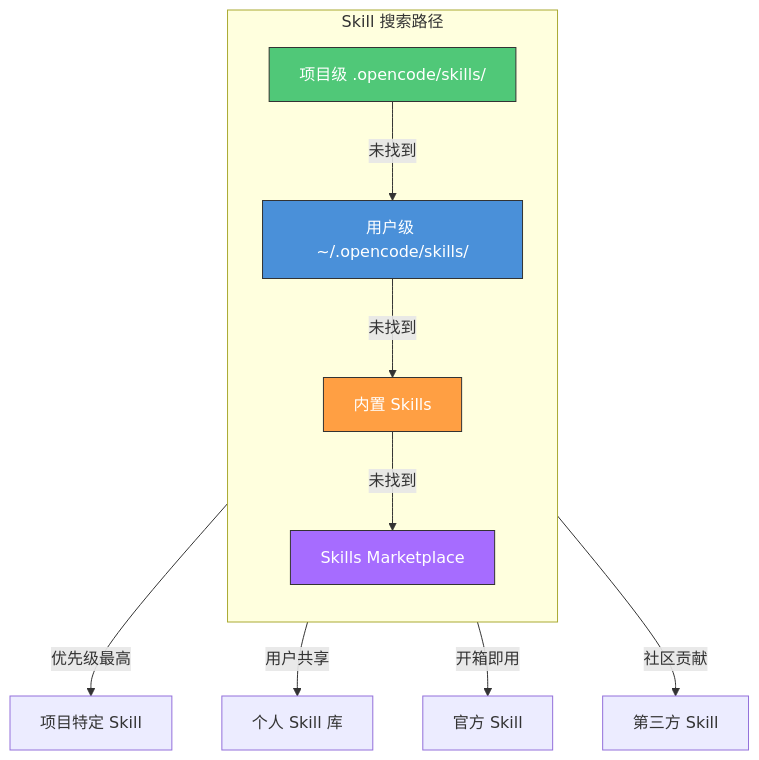
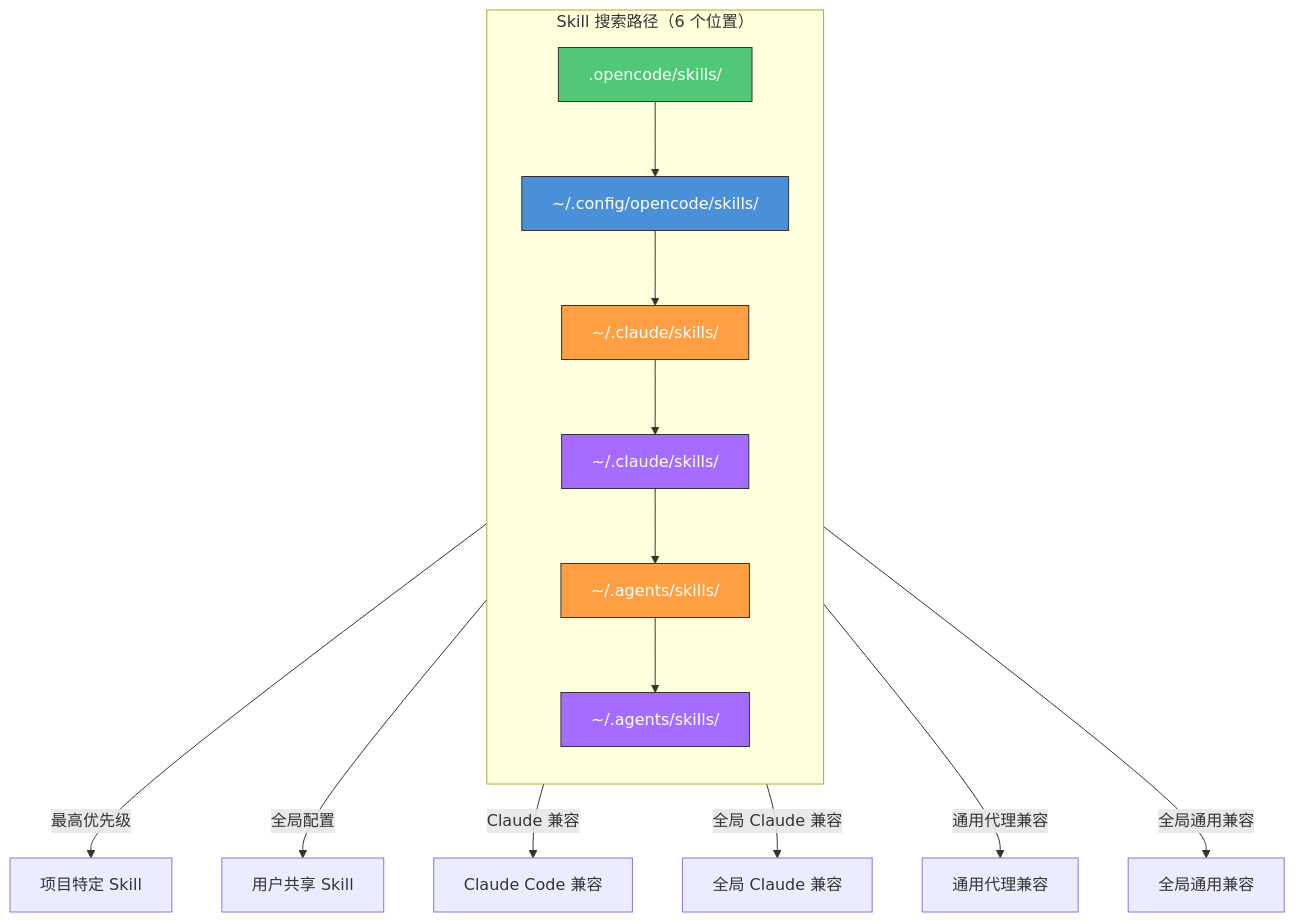
The fourth of 7 diagrams in src/02-core-concepts/skills-system.md (tonydeng/harness-engineering-from-oc-to-ai-coding), drawn with Mermaid before and after one commit. The commit also changed other lines of this file and 331 other files, not shown here.

````diff
--- a/src/02-core-concepts/skills-system.md
+++ b/src/02-core-concepts/skills-system.md
@@ -306,19 +341,25 @@
 ```mermaid
 graph TB
-    subgraph Search[Skill 搜索路径]
+    subgraph Search[Skill 搜索路径（6 个位置）]
         direction TB
-        P1[项目级 .opencode/skills/] --> |"未找到"| P2[用户级 ~/.opencode/skills/]
-        P2 --> |"未找到"| P3[内置 Skills]
-        P3 --> |"未找到"| P4[Skills Marketplace]
+        P1[.opencode/skills/] --> P2["~/.config/opencode/skills/"]
+        P2 --> P3["~/.claude/skills/"]
+        P3 --> P4["~/.claude/skills/"]
+        P4 --> P5["~/.agents/skills/"]
+        P5 --> P6["~/.agents/skills/"]
     end
     
-    P1 --> |"优先级最高"| R1[项目特定 Skill]
-    P2 --> |"用户共享"| R2[个人 Skill 库]
-    P3 --> |"开箱即用"| R3[官方 Skill]
-    P4 --> |"社区贡献"| R4[第三方 Skill]
+    P1 --> |"最高优先级"| R1[项目特定 Skill]
+    P2 --> |"全局配置"| R2[用户共享 Skill]
+    P3 --> |"Claude 兼容"| R3[Claude Code 兼容]
+    P4 --> |"全局 Claude 兼容"| R4[全局 Claude 兼容]
+    P5 --> |"通用代理兼容"| R5[通用代理兼容]
+    P6 --> |"全局通用兼容"| R6[全局通用兼容]
     
     style P1 fill:#50C878,stroke:#333,color:#fff
     style P2 fill:#4A90D9,stroke:#333,color:#fff
     style P3 fill:#FF9F43,stroke:#333,color:#fff
     style P4 fill:#A66CFF,stroke:#333,color:#fff
+    style P5 fill:#FF9F43,stroke:#333,color:#fff
+    style P6 fill:#A66CFF,stroke:#333,color:#fff
 ```
````
